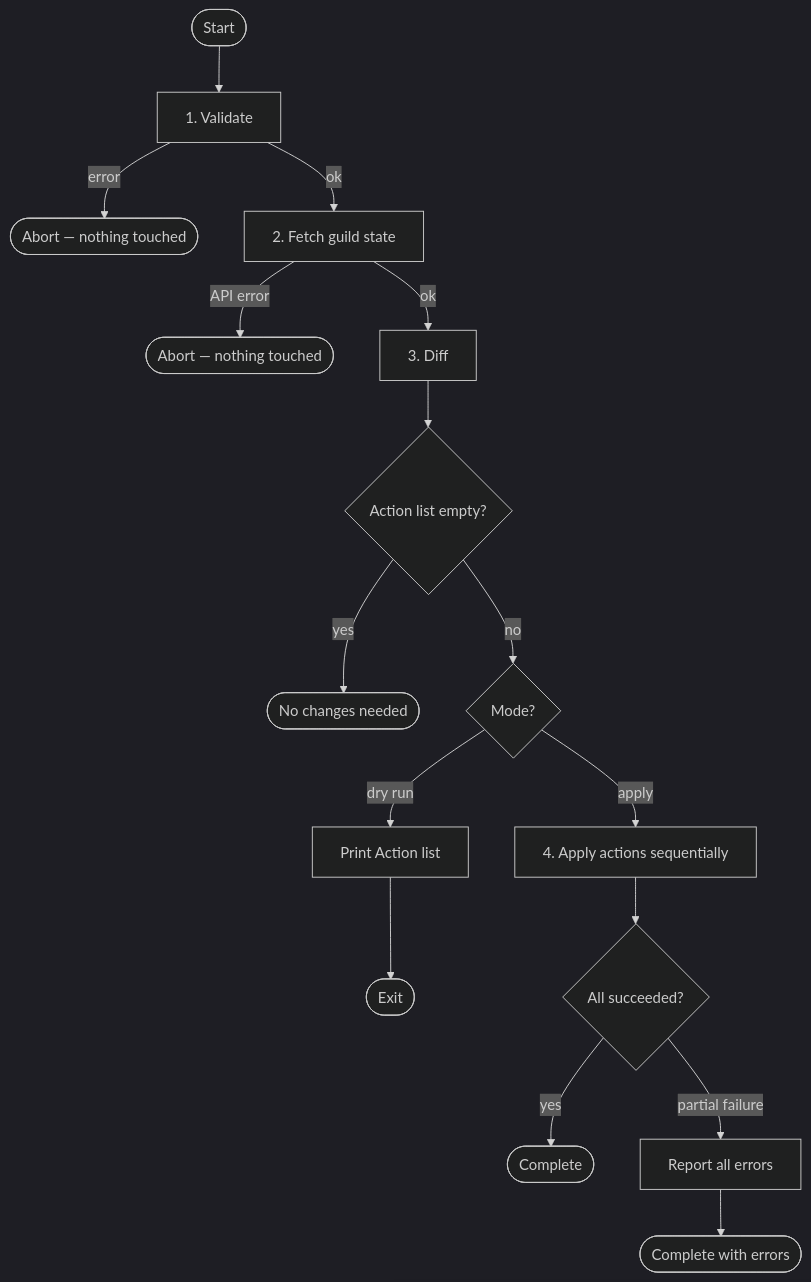
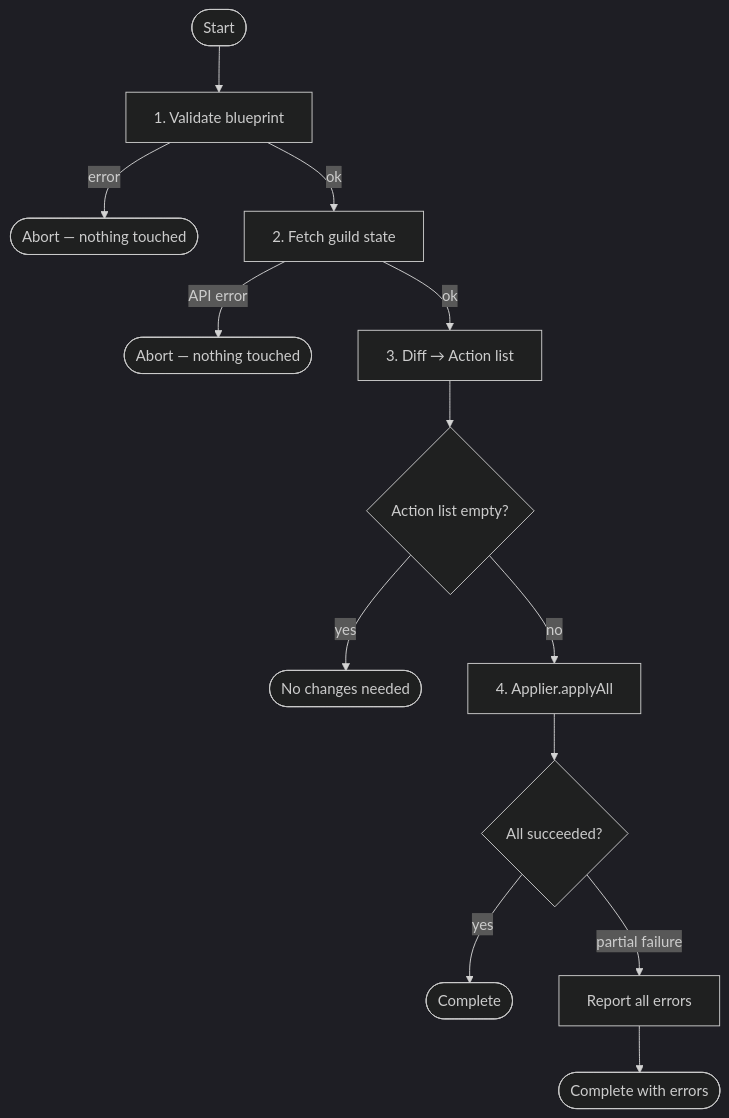
One commit to WaseemAldemeri/infracord changed the first of 3 diagrams in docs/architecture/reconciler.md. Above: the diagram before and after it, drawn with Mermaid (dark theme). The commit also changed other lines of this file and 2 other files, not shown here.

````diff
--- a/docs/architecture/reconciler.md
+++ b/docs/architecture/reconciler.md
@@ -17,18 +17,15 @@
 ```mermaid
 flowchart TD
-    A([Start]) --> B[1. Validate]
+    A([Start]) --> B[1. Validate blueprint]
     B -->|error| ABORT1([Abort — nothing touched])
     B -->|ok| C[2. Fetch guild state]
     C -->|API error| ABORT2([Abort — nothing touched])
-    C -->|ok| D[3. Diff]
+    C -->|ok| D[3. Diff → Action list]
     D --> E{Action list empty?}
     E -->|yes| DONE([No changes needed])
-    E -->|no| F{Mode?}
-    F -->|dry run| G[Print Action list]
-    G --> DONE2([Exit])
-    F -->|apply| H[4. Apply actions sequentially]
+    E -->|no| H[4. Applier.applyAll]
     H --> I{All succeeded?}
     I -->|yes| DONE3([Complete])
     I -->|partial failure| J[Report all errors]
     J --> DONE4([Complete with errors])
 ```
````
